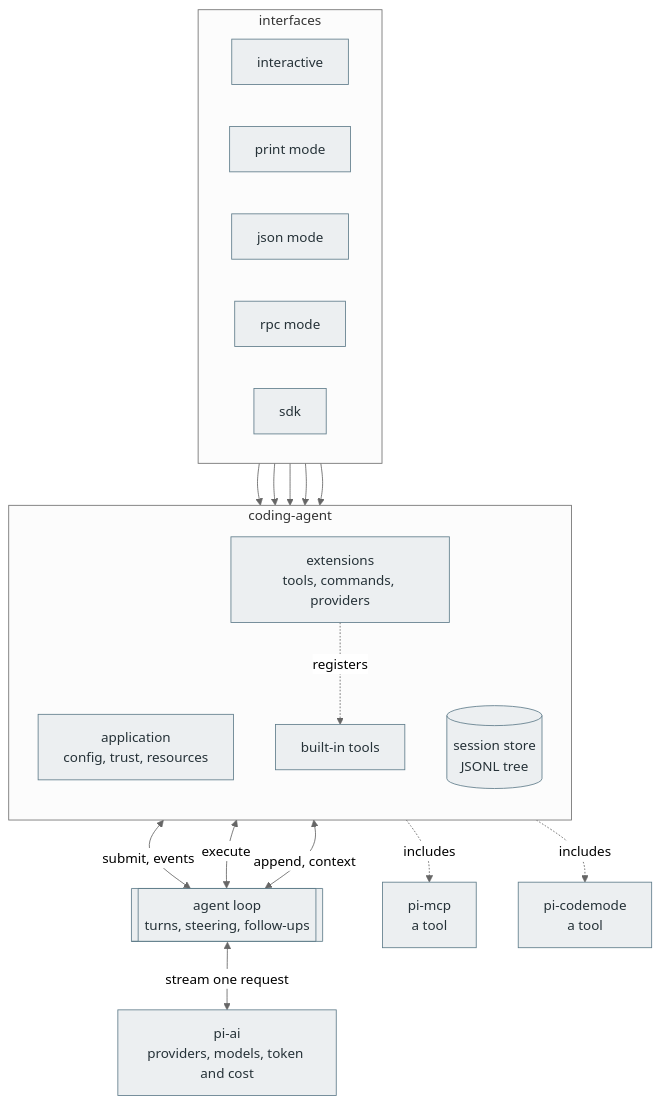
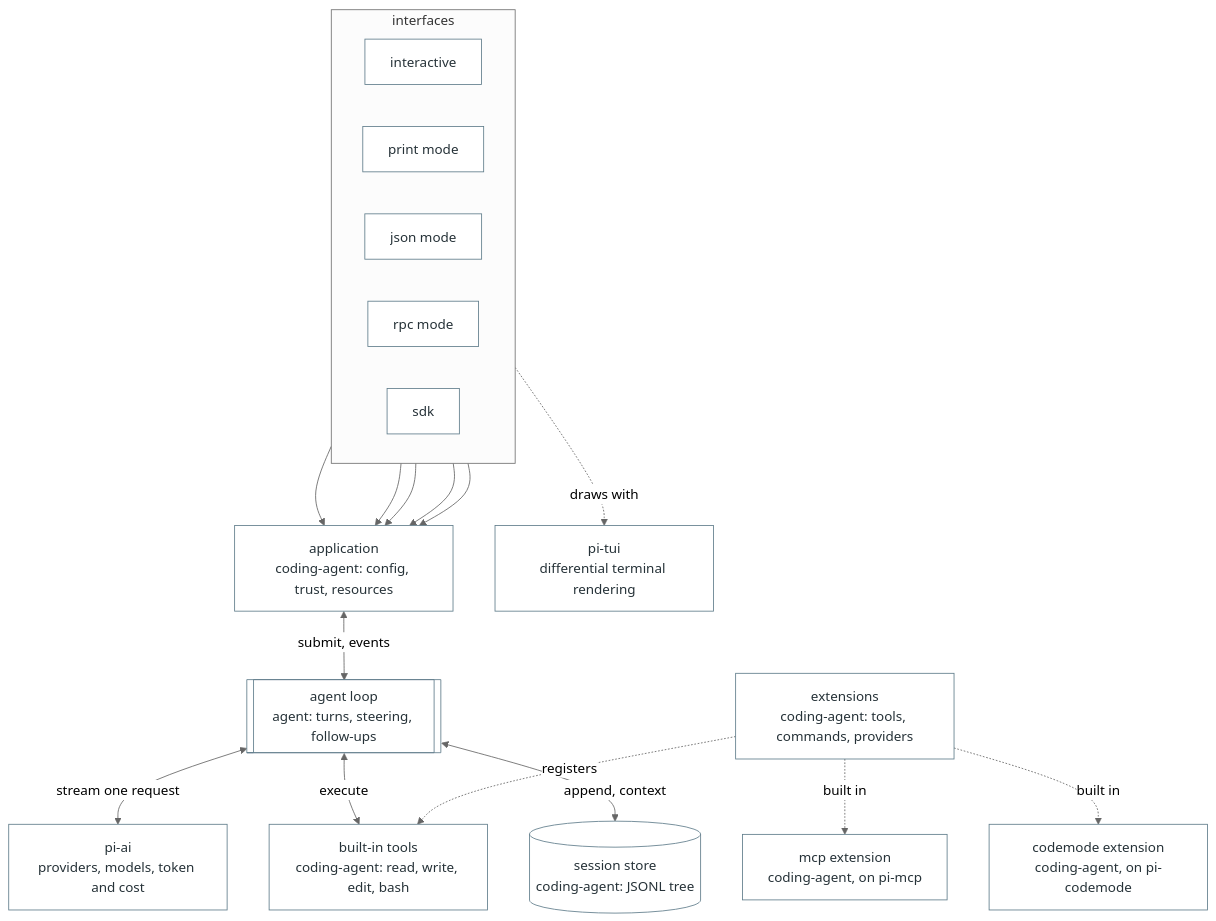
Before and after one commit to OverbearingPearl/pearl: the first of 2 diagrams in README.md, drawn with Mermaid (neutral theme). The commit also changed other lines of this file and 5 other files, not shown here.

````diff
--- a/README.md
+++ b/README.md
@@ -166,36 +168,35 @@
 ```mermaid
 flowchart TB
   subgraph surfaces["interfaces"]
     direction LR
     i_tui["interactive"]
     i_print["print mode"]
     i_json["json mode"]
     i_rpc["rpc mode"]
     i_sdk["sdk"]
   end
-  subgraph app["coding-agent"]
-    direction TB
-    a_shell["application<br/>config, trust, resources"]
-    a_tools["built-in tools"]
-    a_ext["extensions<br/>tools, commands, providers"]
-    a_store[("session store<br/>JSONL tree")]
-  end
-  l_loop[["agent loop<br/>turns, steering, follow-ups"]]
+  a_shell["application<br/>coding-agent: config, trust, resources"]
+  a_tools["built-in tools<br/>coding-agent: read, write, edit, bash"]
+  a_ext["extensions<br/>coding-agent: tools, commands, providers"]
+  a_store[("session store<br/>coding-agent: JSONL tree")]
+  l_loop[["agent loop<br/>agent: turns, steering, follow-ups"]]
   ai["pi-ai<br/>providers, models, token and cost"]
-  mcp["pi-mcp<br/>a tool"]
-  codemode["pi-codemode<br/>a tool"]
+  tui["pi-tui<br/>differential terminal rendering"]
+  mcp["mcp extension<br/>coding-agent, on pi-mcp"]
+  codemode["codemode extension<br/>coding-agent, on pi-codemode"]
   i_tui --> a_shell
   i_print --> a_shell
   i_json --> a_shell
   i_rpc --> a_shell
   i_sdk --> a_shell
+  i_tui -.->|draws with| tui
   a_shell <-->|submit, events| l_loop
   l_loop <-->|stream one request| ai
   l_loop <-->|execute| a_tools
   l_loop <-->|append, context| a_store
   a_ext -.->|registers| a_tools
-  a_tools -.->|includes| mcp
-  a_tools -.->|includes| codemode
-  classDef base fill:#eceff1,stroke:#607d8b,color:#263238
-  class i_tui,i_print,i_json,i_rpc,i_sdk,a_shell,a_tools,a_ext,a_store,l_loop,ai,mcp,codemode base
+  a_ext -.->|built in| mcp
+  a_ext -.->|built in| codemode
+  classDef base fill:#ffffff,stroke:#607d8b,color:#263238
+  class i_tui,i_print,i_json,i_rpc,i_sdk,a_shell,a_tools,a_ext,a_store,l_loop,ai,tui,mcp,codemode base
 ```
````
